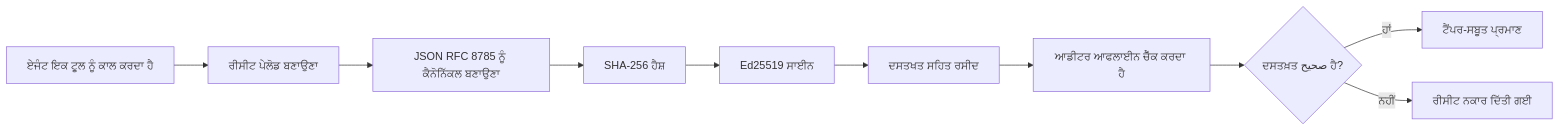
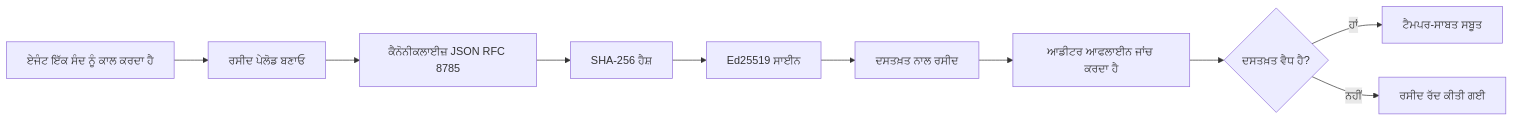
Before and after one commit to gabrielmoreira/agent-skills-mirror: the first of 2 diagrams in mirrors/repos/microsoft@ai-agents-for-beginners/translations/pa/18-securing-ai-agents/README.md, drawn with Mermaid. The commit also changed other lines of this file and 2285 other files, not shown here.

````diff
--- a/mirrors/repos/microsoft@ai-agents-for-beginners/translations/pa/18-securing-ai-agents/README.md
+++ b/mirrors/repos/microsoft@ai-agents-for-beginners/translations/pa/18-securing-ai-agents/README.md
@@ -51,12 +51,12 @@
 ```mermaid
 flowchart LR
-    A[ਏਜੰਟ ਇਕ ਟੂਲ ਨੂੰ ਕਾਲ ਕਰਦਾ ਹੈ] --> B[ਰੀਸੀਟ ਪੇਲੋਡ ਬਣਾਉਣਾ]
-    B --> C[JSON RFC 8785 ਨੂੰ ਕੈਨੋਨਿੱਕਲ ਬਣਾਉਣਾ]
+    A[ਏਜੰਟ ਇੱਕ ਸੰਦ ਨੂੰ ਕਾਲ ਕਰਦਾ ਹੈ] --> B[ਰਸੀਦ ਪੇਲੋਡ ਬਣਾਓ]
+    B --> C[ਕੈਨੋਨੀਕਲਾਈਜ਼ JSON RFC 8785]
     C --> D[SHA-256 ਹੈਸ਼]
     D --> E[Ed25519 ਸਾਈਨ]
-    E --> F[ਦਸਤਖਤ ਸਹਿਤ ਰਸੀਦ]
-    F --> G[ਆਡੀਟਰ ਆਫਲਾਈਨ ਚੈੱਕ ਕਰਦਾ ਹੈ]
-    G --> H{ਦਸਤਖ਼ਤ صحيح ਹੈ?}
-    H -- ਹਾਂ --> I[ਟੈਂਪਰ-ਸਬੂਤ ਪ੍ਰਮਾਣ]
-    H -- ਨਹੀਂ --> J[ਰੀਸੀਟ ਨਕਾਰ ਦਿੱਤੀ ਗਈ]
+    E --> F[ਦਸਤਖ਼ਤ ਨਾਲ ਰਸੀਦ]
+    F --> G[ਆਡੀਟਰ ਆਫਲਾਈਨ ਜਾਂਚ ਕਰਦਾ ਹੈ]
+    G --> H{ਦਸਤਖ਼ਤ ਵੈਧ ਹੈ?}
+    H -- ਹਾਂ --> I[ਟੈਮਪਰ-ਸਾਬਤ ਸਬੂਤ]
+    H -- ਨਹੀਂ --> J[ਰਸੀਦ ਰੱਦ ਕੀਤੀ ਗਈ]
 ```
````
